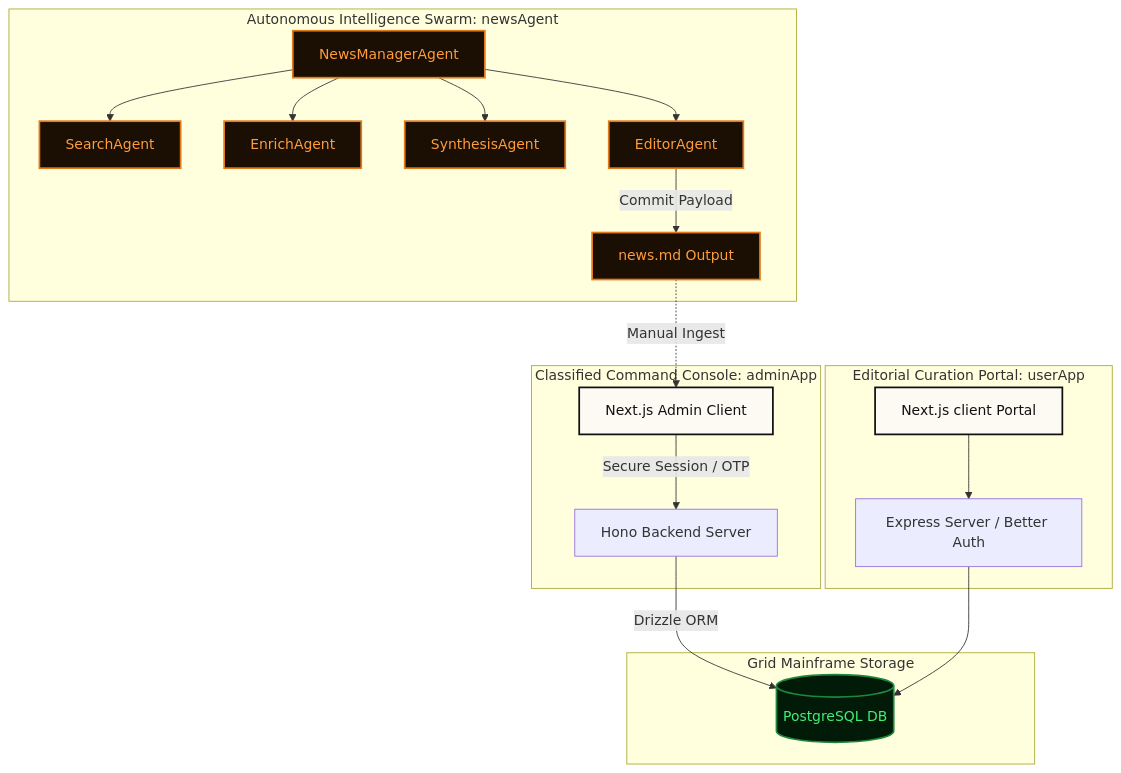
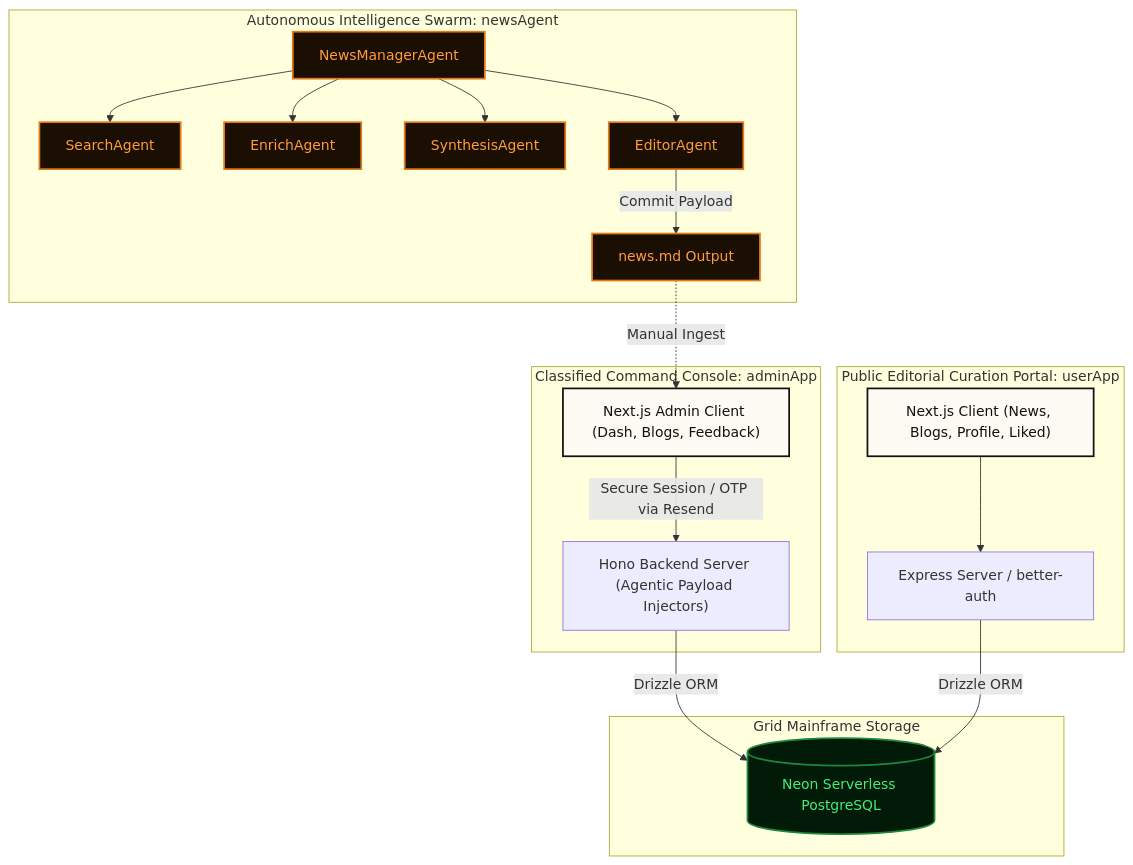
Before and after one commit to phaneesh29/news: the diagram in README.md, drawn with Mermaid. The commit also changed other lines of this file and 2 other files, not shown here.

Commit message:
docs: update READMEs across root, adminApp, and userApp to reflect recent feature additions

````diff
--- a/README.md
+++ b/README.md
@@ -31,41 +31,41 @@
 ```mermaid
 graph TD
     %% Swarm Layer
     subgraph Swarm [Autonomous Intelligence Swarm: newsAgent]
         M["NewsManagerAgent"] --> S["SearchAgent"]
         M --> E["EnrichAgent"]
         M --> SY["SynthesisAgent"]
         M --> ED["EditorAgent"]
         ED -->|Commit Payload| N["news.md Output"]
     end
 
     %% Database
     subgraph DB [Grid Mainframe Storage]
-        PG[("PostgreSQL DB")]
+        PG[("Neon Serverless PostgreSQL")]
     end
 
     %% Admin Layer
     subgraph Admin [Classified Command Console: adminApp]
-        H["Hono Backend Server"]
-        C["Next.js Admin Client"]
-        C -->|Secure Session / OTP| H
+        H["Hono Backend Server (Agentic Payload Injectors)"]
+        C["Next.js Admin Client (Dash, Blogs, Feedback)"]
+        C -->|Secure Session / OTP via Resend| H
         H -->|Drizzle ORM| PG
         N -.->|Manual Ingest| C
     end
 
     %% User Portal
-    subgraph Portal [Editorial Curation Portal: userApp]
-        U["Next.js client Portal"]
-        US["Express Server / Better Auth"]
+    subgraph Portal [Public Editorial Curation Portal: userApp]
+        U["Next.js Client (News, Blogs, Profile, Liked)"]
+        US["Express Server / better-auth"]
         U --> US
-        US --> PG
+        US -->|Drizzle ORM| PG
     end
 
     classDef terminal fill:#1b0e03,stroke:#e07a1b,color:#ff9d3b,stroke-width:2px;
     classDef client fill:#fcfaf2,stroke:#111111,color:#111111,stroke-width:2px;
     classDef database fill:#021a08,stroke:#1c883e,color:#44ee77,stroke-width:2px;
     
     class M,S,E,SY,ED,N terminal;
     class C,U client;
     class PG database;
 ```
````
